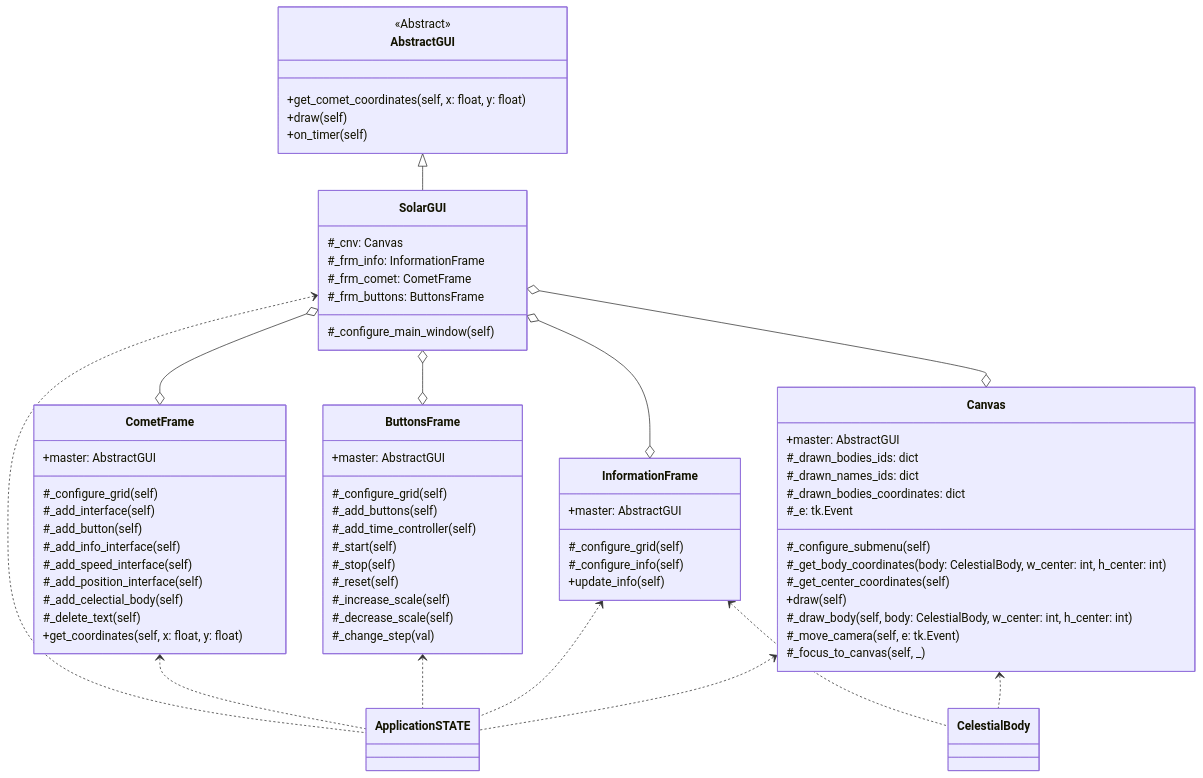
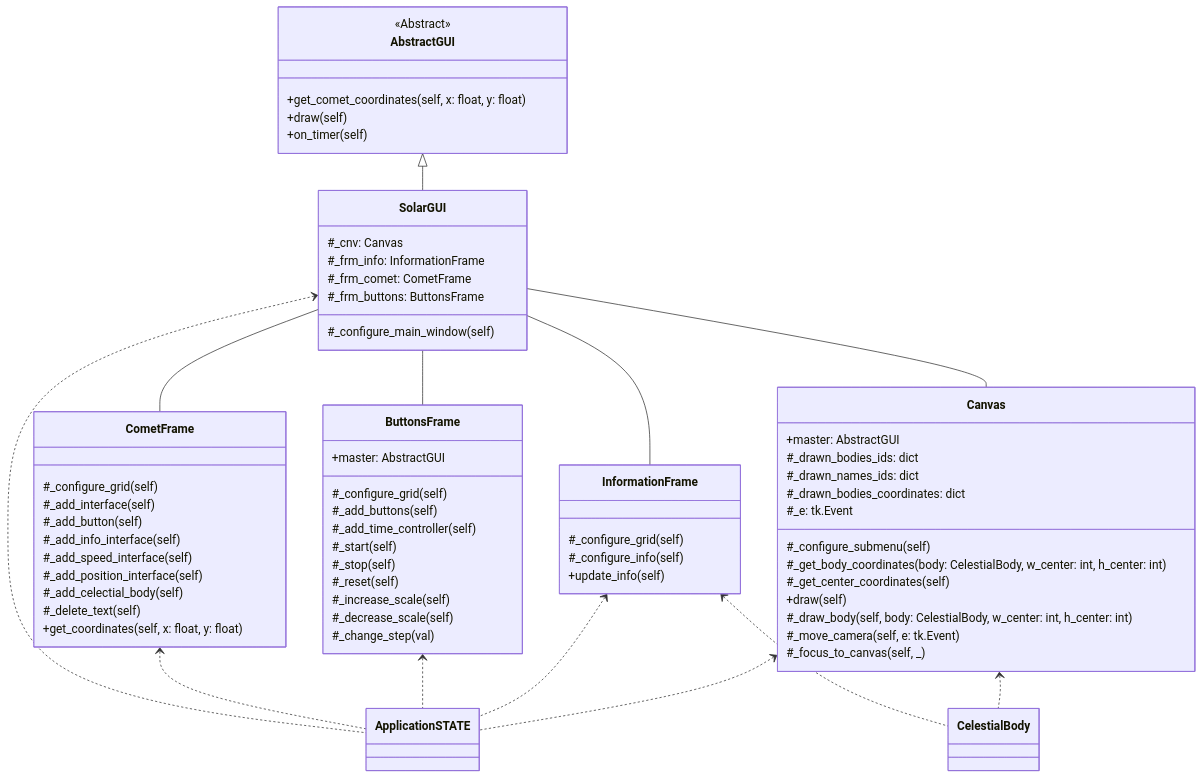
The second of 2 diagrams in solar_system/README.md (phos-phophy/ProFunLog), drawn with Mermaid before and after one commit. The commit also changed other lines of this file, not shown here.

```diff
--- a/solar_system/README.md
+++ b/solar_system/README.md
@@ -131,13 +130,12 @@
         #_configure_main_window(self)
     }
     
-    SolarGUI o--o CometFrame
-    SolarGUI o--o ButtonsFrame
-    SolarGUI o--o InformationFrame
-    SolarGUI o--o Canvas
+    SolarGUI -- CometFrame
+    SolarGUI -- ButtonsFrame
+    SolarGUI -- InformationFrame
+    SolarGUI -- Canvas
     
     class CometFrame{
-        +master: AbstractGUI
         #_configure_grid(self)
         #_add_interface(self)
         #_add_button(self)
@@ -163,7 +161,6 @@
     }
     
     class InformationFrame{
-        +master: AbstractGUI
         #_configure_grid(self)
         #_configure_info(self)
         +update_info(self)
```
